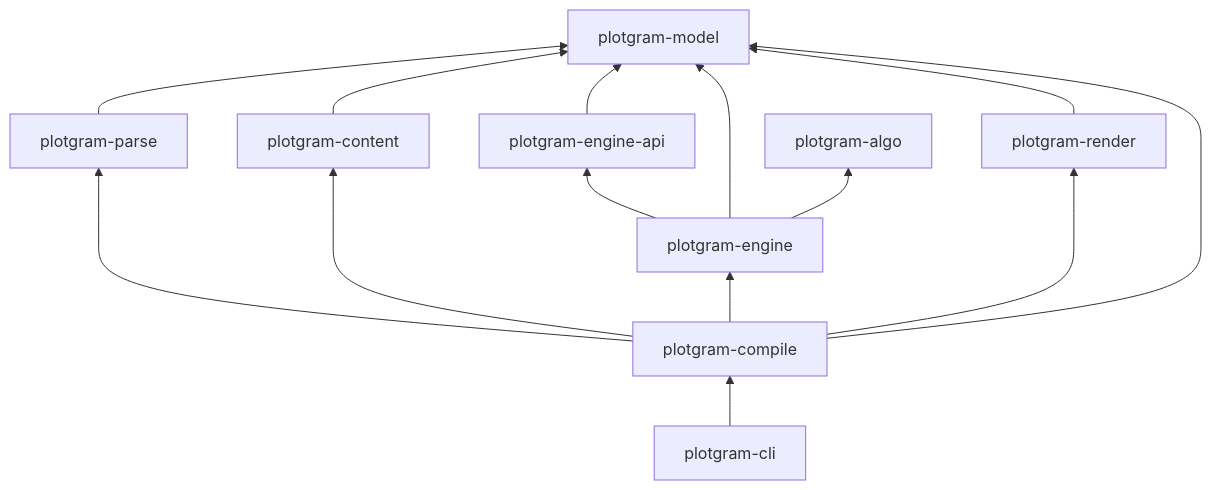
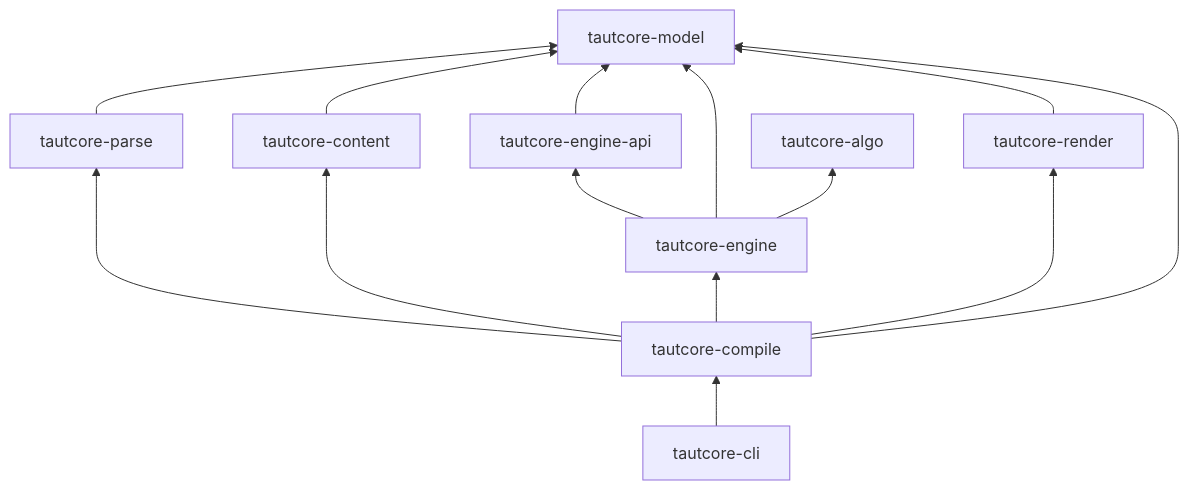
Before and after one commit to jimium/plotgram: the diagram in docs/readme.md, drawn with Mermaid. The commit also changed other lines of this file and 2021 other files, not shown here.

````diff
--- a/docs/readme.md
+++ b/docs/readme.md
@@ -50,26 +50,26 @@
 ```mermaid
 flowchart BT
-  model[plotgram-model]
-  api[plotgram-engine-api]
-  algo[plotgram-algo]
-  content[plotgram-content]
-  parse[plotgram-parse]
-  engine[plotgram-engine]
-  render[plotgram-render]
-  compile[plotgram-compile]
-  cli[plotgram-cli]
+  model[tautcore-model]
+  api[tautcore-engine-api]
+  algo[tautcore-algo]
+  content[tautcore-content]
+  parse[tautcore-parse]
+  engine[tautcore-engine]
+  render[tautcore-render]
+  compile[tautcore-compile]
+  cli[tautcore-cli]
 
   api --> model
   content --> model
   parse --> model
   engine --> api
   engine --> model
   engine --> algo
   render --> model
   compile --> parse
   compile --> content
   compile --> engine
   compile --> render
   compile --> model
   cli --> compile
 ```
````
